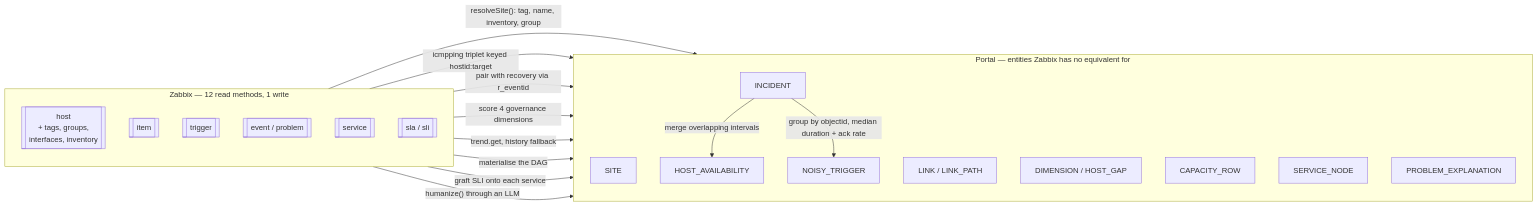
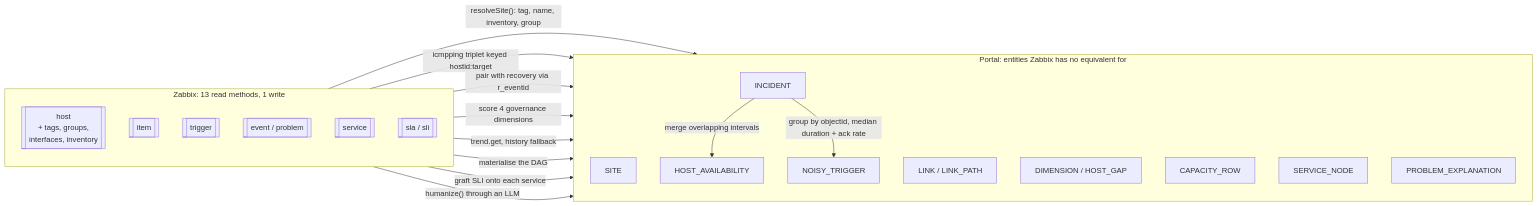
The first of 3 diagrams in docs/erd/erd.md (Fxkra28/Dashboard-Zabbix-Prototype), drawn with Mermaid before and after one commit. The commit also changed other lines of this file and 351 other files, not shown here.

````diff
--- a/docs/erd/erd.md
+++ b/docs/erd/erd.md
@@ -119,36 +120,36 @@
 ```mermaid
 flowchart LR
-    subgraph ZBX["Zabbix — 12 read methods, 1 write"]
+    subgraph ZBX["Zabbix: 13 read methods, 1 write"]
         direction TB
         HOST[["host<br/>+ tags, groups,<br/>interfaces, inventory"]]
         ITEM[[item]]
         TRIGGER[[trigger]]
         EVENT[["event / problem"]]
         SERVICE[[service]]
         SLA[["sla / sli"]]
     end
 
-    subgraph PORTAL["Portal — entities Zabbix has no equivalent for"]
+    subgraph PORTAL["Portal: entities Zabbix has no equivalent for"]
         direction TB
         SITE[SITE]
         LINK["LINK / LINK_PATH"]
         INCIDENT[INCIDENT]
         AVAIL[HOST_AVAILABILITY]
         NOISE[NOISY_TRIGGER]
         SCORE["DIMENSION / HOST_GAP"]
         CAP[CAPACITY_ROW]
         NODE[SERVICE_NODE]
         EXPL[PROBLEM_EXPLANATION]
     end
 
     HOST -- "resolveSite(): tag, name, inventory, group" --> SITE
     ITEM -- "icmpping triplet keyed hostid:target" --> LINK
     EVENT -- "pair with recovery via r_eventid" --> INCIDENT
     INCIDENT -- "merge overlapping intervals" --> AVAIL
     INCIDENT -- "group by objectid, median duration + ack rate" --> NOISE
     HOST -- "score 4 governance dimensions" --> SCORE
     ITEM -- "trend.get, history fallback" --> CAP
     SERVICE -- "materialise the DAG" --> NODE
     SLA -- "graft SLI onto each service" --> NODE
     EVENT -- "humanize() through an LLM" --> EXPL
 ```
````
